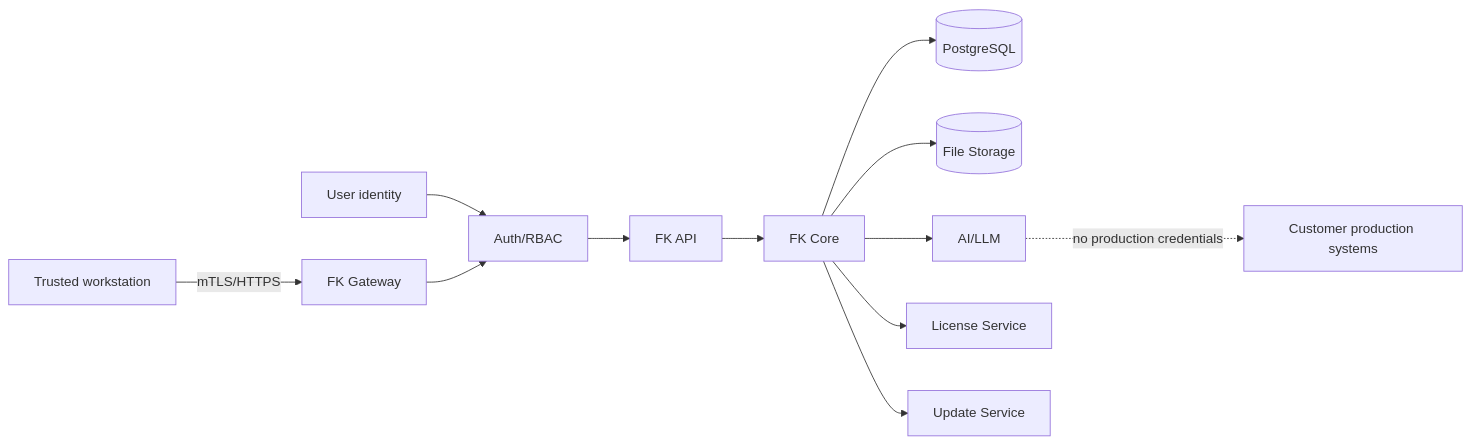
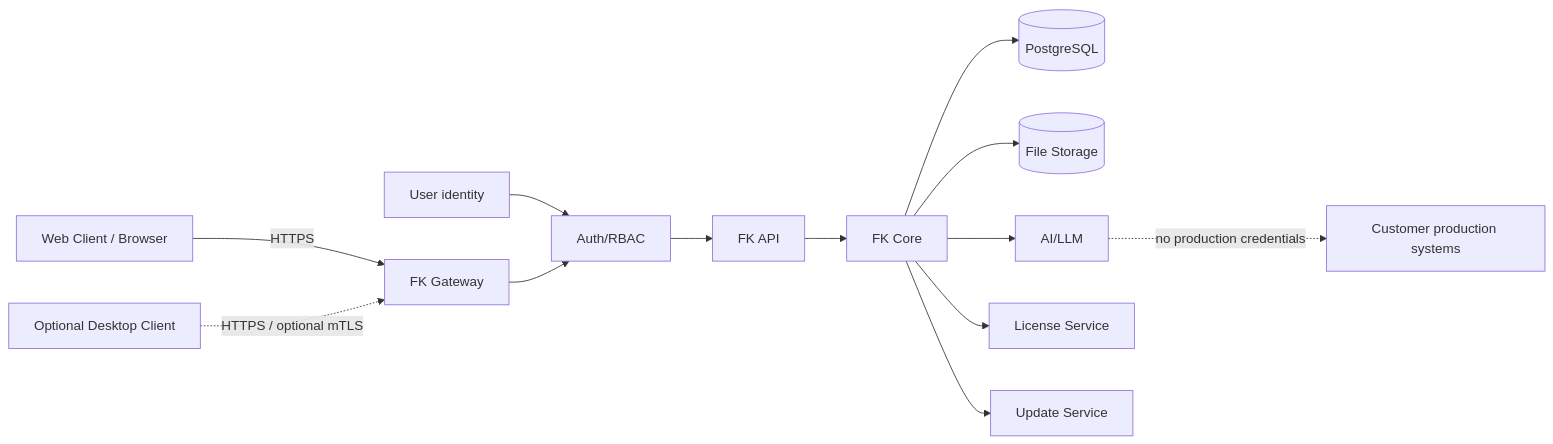
One commit to SergeyRassohin/Forest-Keeper changed the second of 2 diagrams in docs/architecture/architecture-v0.2.md. Above: the diagram before and after it, drawn with Mermaid. The commit also changed other lines of this file, not shown here.

Commit message:
Make web client primary in architecture v0.2

````diff
--- a/docs/architecture/architecture-v0.2.md
+++ b/docs/architecture/architecture-v0.2.md
@@ -200,14 +222,15 @@
 ```mermaid
 flowchart LR
-    PC[Trusted workstation] -->|mTLS/HTTPS| GW[FK Gateway]
+    BROWSER[Web Client / Browser] -->|HTTPS| GW[FK Gateway]
+    DESKTOP[Optional Desktop Client] -.->|HTTPS / optional mTLS| GW
     USER[User identity] --> AUTH[Auth/RBAC]
     GW --> AUTH
     AUTH --> API[FK API]
     API --> CORE[FK Core]
     CORE --> DB[(PostgreSQL)]
     CORE --> FS[(File Storage)]
     CORE --> AI[AI/LLM]
     CORE --> LIC[License Service]
     CORE --> UPD[Update Service]
     AI -. no production credentials .-> EXT[Customer production systems]
 ```
````
